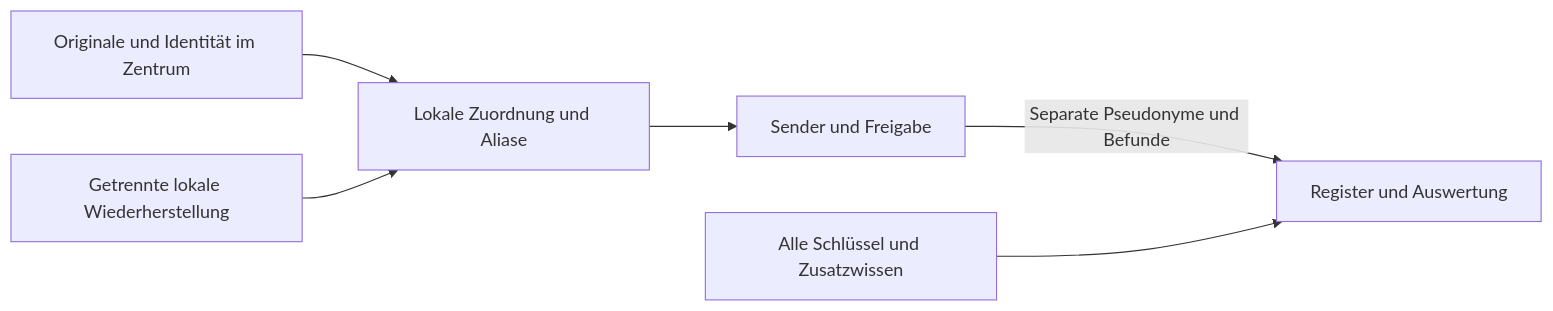
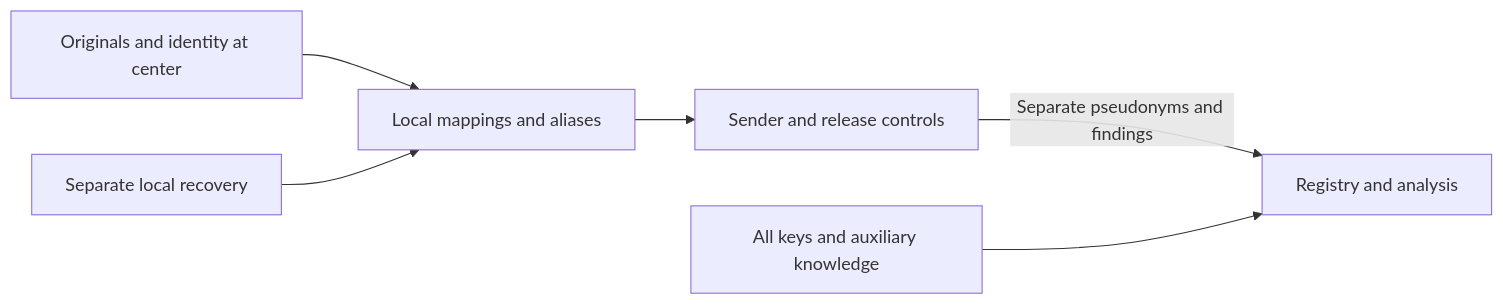
Before and after one commit to wg-lux/endoreg-db: the diagram in docs/patient_matching_threat_model.md, drawn with Mermaid. The commit also changed other lines of this file and 1 other file, not shown here.

````diff
--- a/docs/patient_matching_threat_model.md
+++ b/docs/patient_matching_threat_model.md
@@ -35,8 +38,8 @@
 ```mermaid
 flowchart LR
-  I["Originale und Identität im Zentrum"] --> M["Lokale Zuordnung und Aliase"]
-  M --> E["Sender und Freigabe"]
-  E -->|Separate Pseudonyme und Befunde| H["Register und Auswertung"]
-  B["Getrennte lokale Wiederherstellung"] --> M
-  A["Alle Schlüssel und Zusatzwissen"] --> H
+  I["Originals and identity at center"] --> M["Local mappings and aliases"]
+  M --> E["Sender and release controls"]
+  E -->|Separate pseudonyms and findings| H["Registry and analysis"]
+  B["Separate local recovery"] --> M
+  A["All keys and auxiliary knowledge"] --> H
 ```
````
